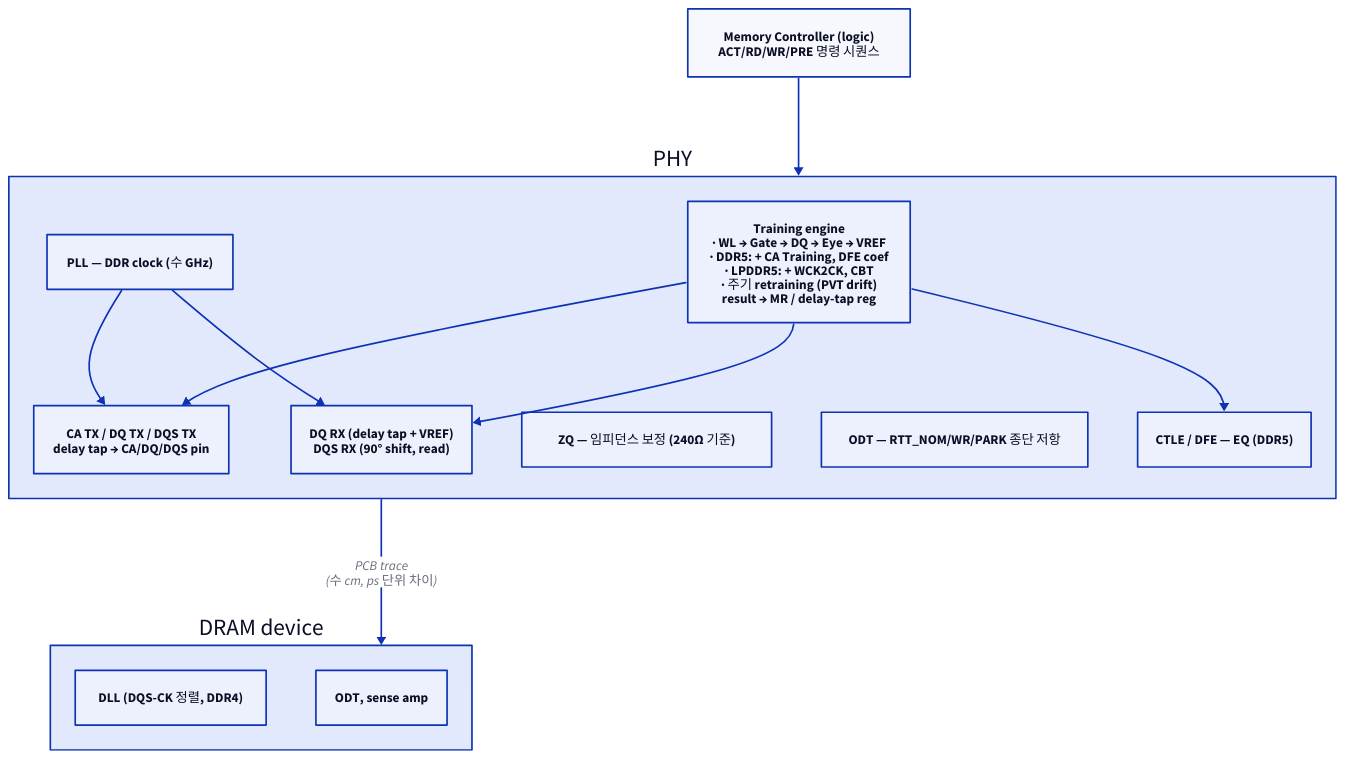
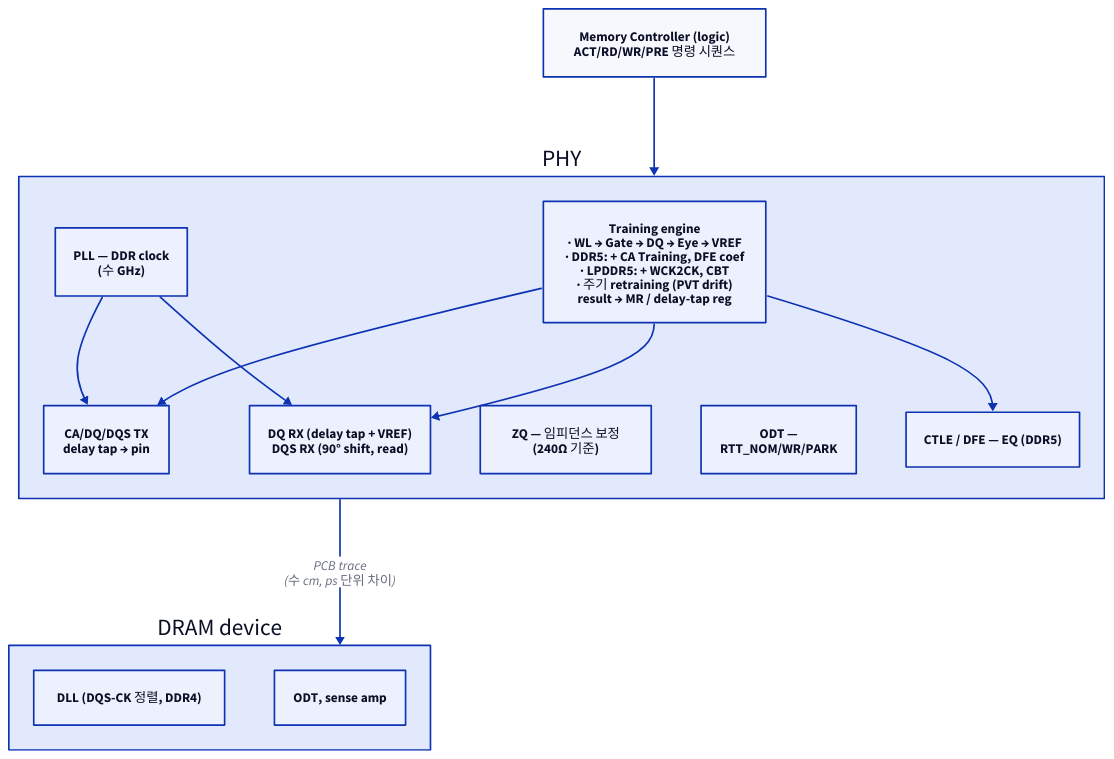
One commit to humbleowl39/DV_SKOOL changed the first of 2 diagrams in topics/dram_ddr/docs/03_memory_interface_phy.md. Above: the diagram before and after it, drawn with D2. The commit also changed other lines of this file and 90 other files, not shown here.

First line of the commit message:
docs: 전 토픽 다이어그램 정비 — ASCII→D2, mermaid→D2, 과대 D2 가시성 수정

````diff
--- a/topics/dram_ddr/docs/03_memory_interface_phy.md
+++ b/topics/dram_ddr/docs/03_memory_interface_phy.md
@@ -68,26 +68,26 @@
 ```d2
 direction: down
 
 MC: "Memory Controller (logic)\nACT/RD/WR/PRE 명령 시퀀스"
 PHY: "PHY" {
   direction: down
-  PLL: "PLL — DDR clock (수 GHz)"
-  TX: "CA TX / DQ TX / DQS TX\ndelay tap → CA/DQ/DQS pin"
+  PLL: "PLL — DDR clock\n(수 GHz)"
+  TX: "CA/DQ/DQS TX\ndelay tap → pin"
   RX: "DQ RX (delay tap + VREF)\nDQS RX (90° shift, read)"
-  ZQ: "ZQ — 임피던스 보정 (240Ω 기준)"
-  ODT: "ODT — RTT_NOM/WR/PARK 종단 저항"
+  ZQ: "ZQ — 임피던스 보정\n(240Ω 기준)"
+  ODT: "ODT —\nRTT_NOM/WR/PARK"
   EQ: "CTLE / DFE — EQ (DDR5)"
   TR: "Training engine\n· WL → Gate → DQ → Eye → VREF\n· DDR5: + CA Training, DFE coef\n· LPDDR5: + WCK2CK, CBT\n· 주기 retraining (PVT drift)\nresult → MR / delay-tap reg"
   PLL -> TX
   PLL -> RX
   TR -> TX
   TR -> RX
   TR -> EQ
 }
 DRAM: "DRAM device" {
   DLL: "DLL (DQS-CK 정렬, DDR4)"
   SENSE: "ODT, sense amp"
 }
 MC -> PHY
 PHY -> DRAM: "PCB trace\n(수 cm, ps 단위 차이)"
 ```
````
